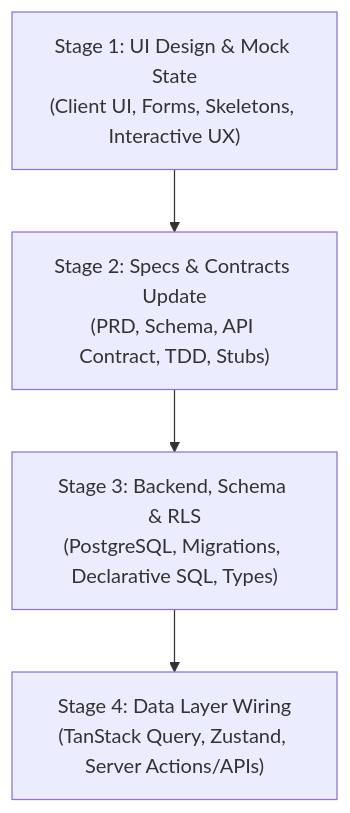
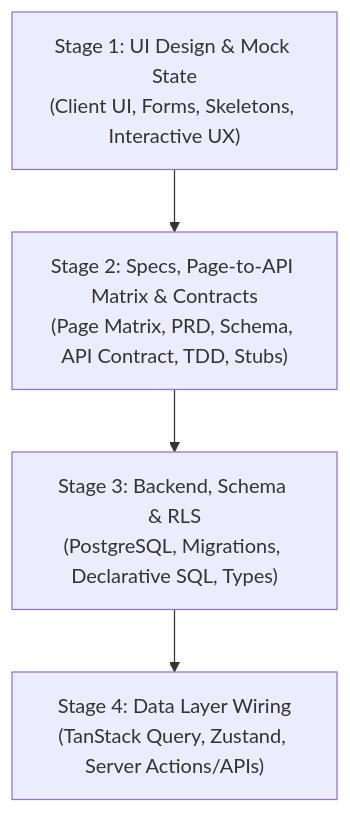
Before and after one commit to marceldavidbaroi/The-Commons: the diagram in docs/architecture/feature-development-process.md, drawn with Mermaid. The commit also changed other lines of this file and 19 other files, not shown here.

````diff
--- a/docs/architecture/feature-development-process.md
+++ b/docs/architecture/feature-development-process.md
@@ -9,6 +9,6 @@
 ```mermaid
 graph TD
-    A["Stage 1: UI Design & Mock State<br/>(Client UI, Forms, Skeletons, Interactive UX)"] --> B["Stage 2: Specs & Contracts Update<br/>(PRD, Schema, API Contract, TDD, Stubs)"]
+    A["Stage 1: UI Design & Mock State<br/>(Client UI, Forms, Skeletons, Interactive UX)"] --> B["Stage 2: Specs, Page-to-API Matrix & Contracts<br/>(Page Matrix, PRD, Schema, API Contract, TDD, Stubs)"]
     B --> C["Stage 3: Backend, Schema & RLS<br/>(PostgreSQL, Migrations, Declarative SQL, Types)"]
     C --> D["Stage 4: Data Layer Wiring<br/>(TanStack Query, Zustand, Server Actions/APIs)"]
 ```
````
